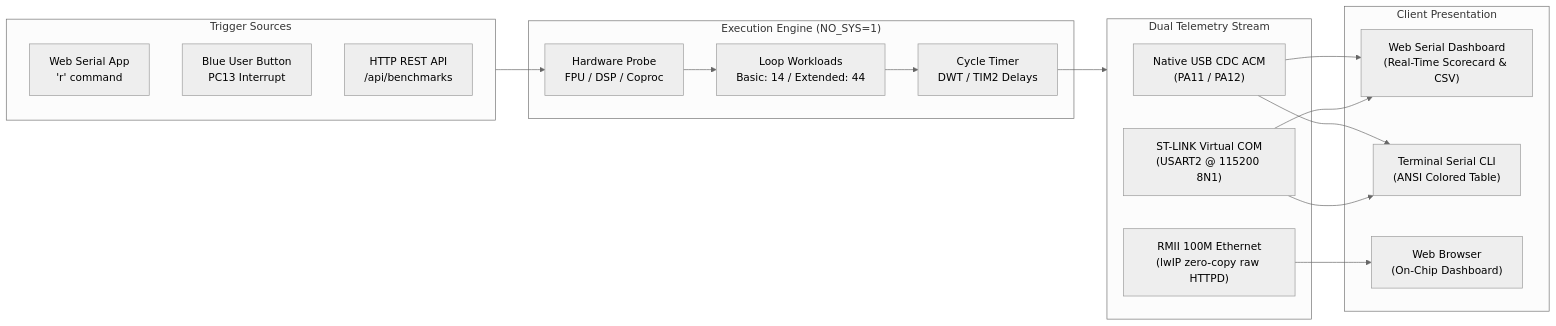
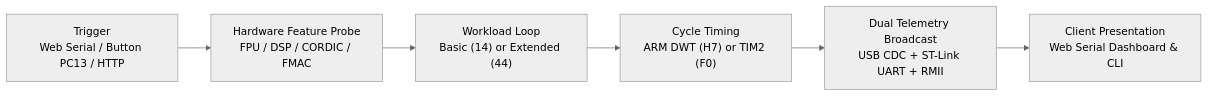
One commit to Trip64/STM32Bench changed the third of 3 diagrams in README.md. Above: the diagram before and after it, drawn with Mermaid (neutral theme). The commit also changed other lines of this file, not shown here.

Commit message:
Redesign Mermaid diagrams to clean horizontal linear pipelines

````diff
--- a/README.md
+++ b/README.md
@@ -203,30 +177,8 @@
 ```mermaid
 flowchart LR
-    subgraph Trigger ["Trigger Sources"]
-        T1["Web Serial App<br/>'r' command"]
-        T2["Blue User Button<br/>PC13 Interrupt"]
-        T3["HTTP REST API<br/>/api/benchmarks"]
-    end
-
-    subgraph Engine ["Execution Engine (NO_SYS=1)"]
-        PROBE["Hardware Probe<br/>FPU / DSP / Coproc"]
-        RUN["Loop Workloads<br/>Basic: 14 / Extended: 44"]
-        DWT["Cycle Timer<br/>DWT / TIM2 Delays"]
-    end
-
-    subgraph Transport ["Dual Telemetry Stream"]
-        CDC["Native USB CDC ACM<br/>(PA11 / PA12)"]
-        VCP["ST-LINK Virtual COM<br/>(USART2 @ 115200 8N1)"]
-        ETH["RMII 100M Ethernet<br/>(lwIP zero-copy raw HTTPD)"]
-    end
-
-    subgraph Client ["Client Presentation"]
-        DASH["Web Serial Dashboard<br/>(Real-Time Scorecard & CSV)"]
-        TERM["Terminal Serial CLI<br/>(ANSI Colored Table)"]
-        BROWSER["Web Browser<br/>(On-Chip Dashboard)"]
-    end
-
-    Trigger --> PROBE --> RUN --> DWT --> Transport
-    CDC & VCP --> DASH & TERM
-    ETH --> BROWSER
+    A["Trigger<br/>Web Serial / Button PC13 / HTTP"] --> B["Hardware Feature Probe<br/>FPU / DSP / CORDIC / FMAC"]
+    B --> C["Workload Loop<br/>Basic (14) or Extended (44)"]
+    C --> D["Cycle Timing<br/>ARM DWT (H7) or TIM2 (F0)"]
+    D --> E["Dual Telemetry Broadcast<br/>USB CDC + ST-Link UART + RMII"]
+    E --> F["Client Presentation<br/>Web Serial Dashboard & CLI"]
 ```
````
